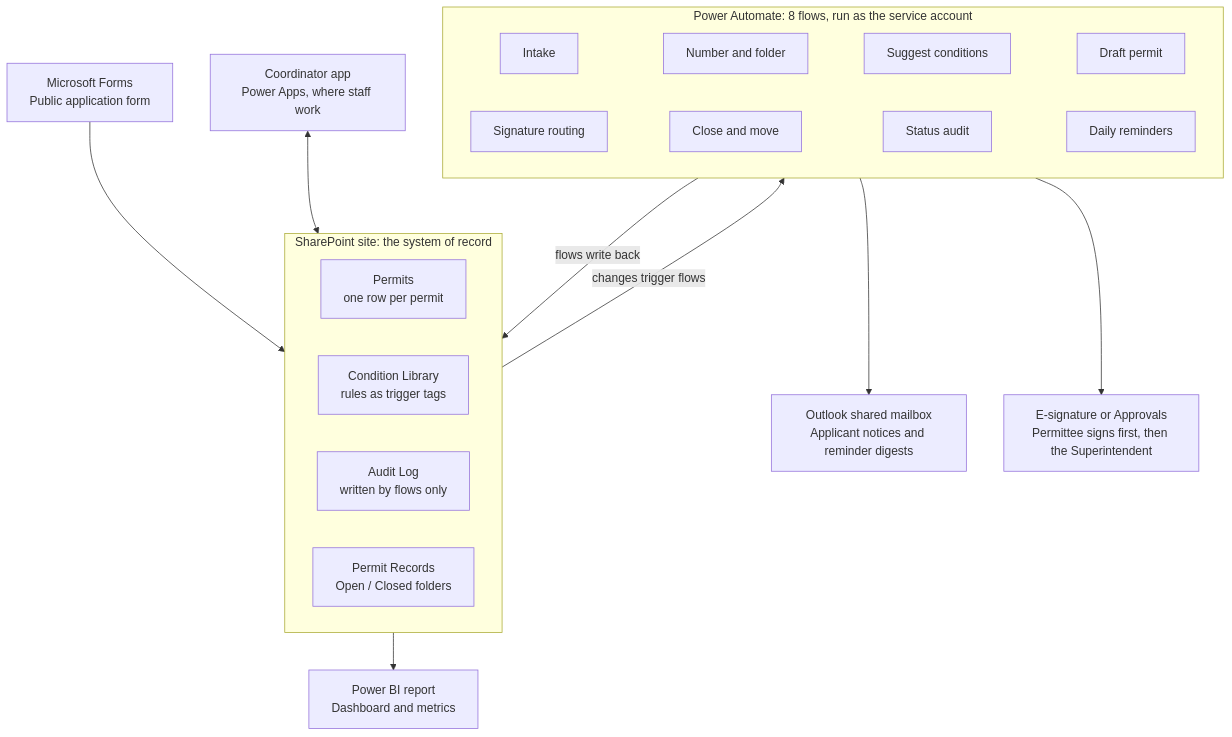
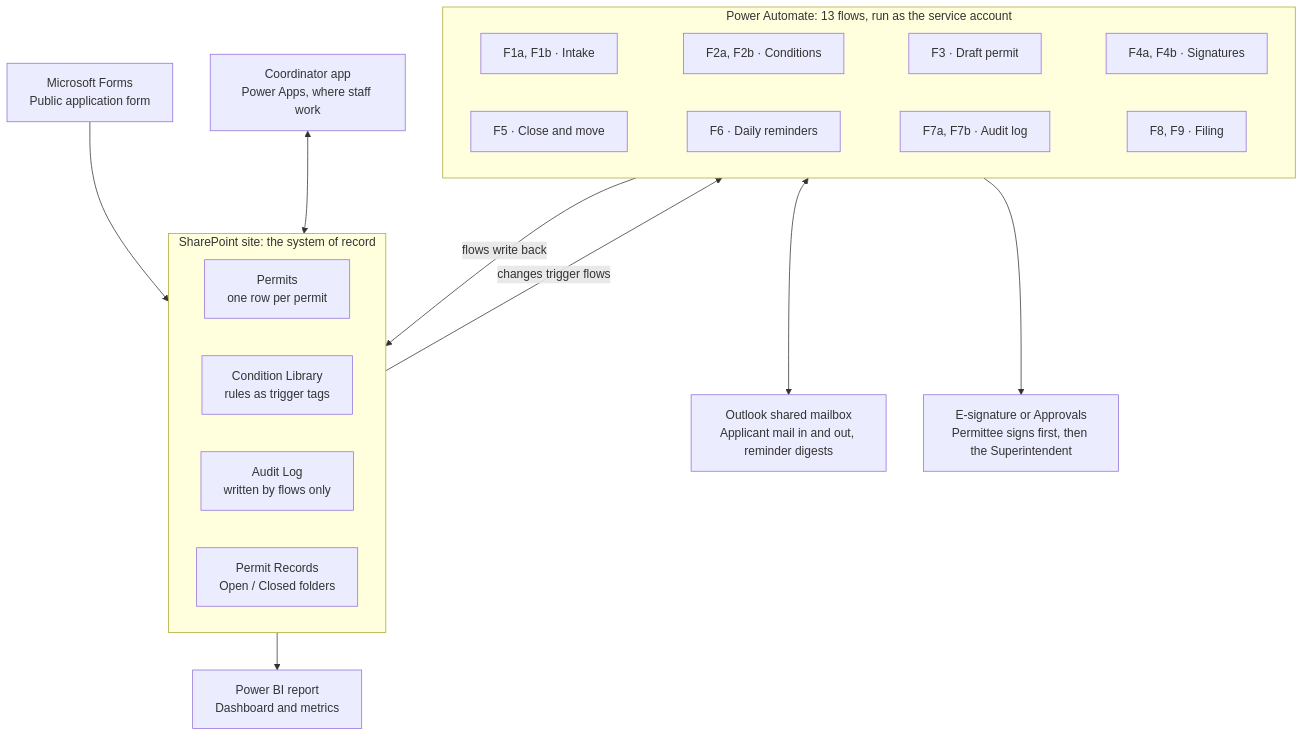
Before and after one commit to slapner/special-use-permit-m365: the first of 2 diagrams in docs/build-guide.md, drawn with Mermaid. The commit also changed other lines of this file and 2 other files, not shown here.

````diff
--- a/docs/build-guide.md
+++ b/docs/build-guide.md
@@ -17,25 +17,25 @@
 ```mermaid
 flowchart TB
   forms["Microsoft Forms<br/>Public application form"]
   app["Coordinator app<br/>Power Apps, where staff work"]
   pbi["Power BI report<br/>Dashboard and metrics"]
   subgraph sp["SharePoint site: the system of record"]
     permits["Permits<br/>one row per permit"]
     lib["Condition Library<br/>rules as trigger tags"]
     audit["Audit Log<br/>written by flows only"]
     records["Permit Records<br/>Open / Closed folders"]
   end
-  subgraph pa["Power Automate: 8 flows, run as the service account"]
-    f1["Intake"] ~~~ f2["Number and folder"] ~~~ f3["Suggest conditions"] ~~~ f4["Draft permit"]
-    f5["Signature routing"] ~~~ f6["Close and move"] ~~~ f7["Status audit"] ~~~ f8["Daily reminders"]
+  subgraph pa["Power Automate: 13 flows, run as the service account"]
+    f1["F1a, F1b · Intake"] ~~~ f2["F2a, F2b · Conditions"] ~~~ f3["F3 · Draft permit"] ~~~ f4["F4a, F4b · Signatures"]
+    f5["F5 · Close and move"] ~~~ f6["F6 · Daily reminders"] ~~~ f7["F7a, F7b · Audit log"] ~~~ f8["F8, F9 · Filing"]
   end
-  mail["Outlook shared mailbox<br/>Applicant notices and reminder digests"]
+  mail["Outlook shared mailbox<br/>Applicant mail in and out, reminder digests"]
   sign["E-signature or Approvals<br/>Permittee signs first, then the Superintendent"]
   forms --> sp
   app <--> sp
   sp --> pbi
   sp -- changes trigger flows --> pa
   pa -- flows write back --> sp
-  pa --> mail
+  pa <--> mail
   pa --> sign
 ```
````
